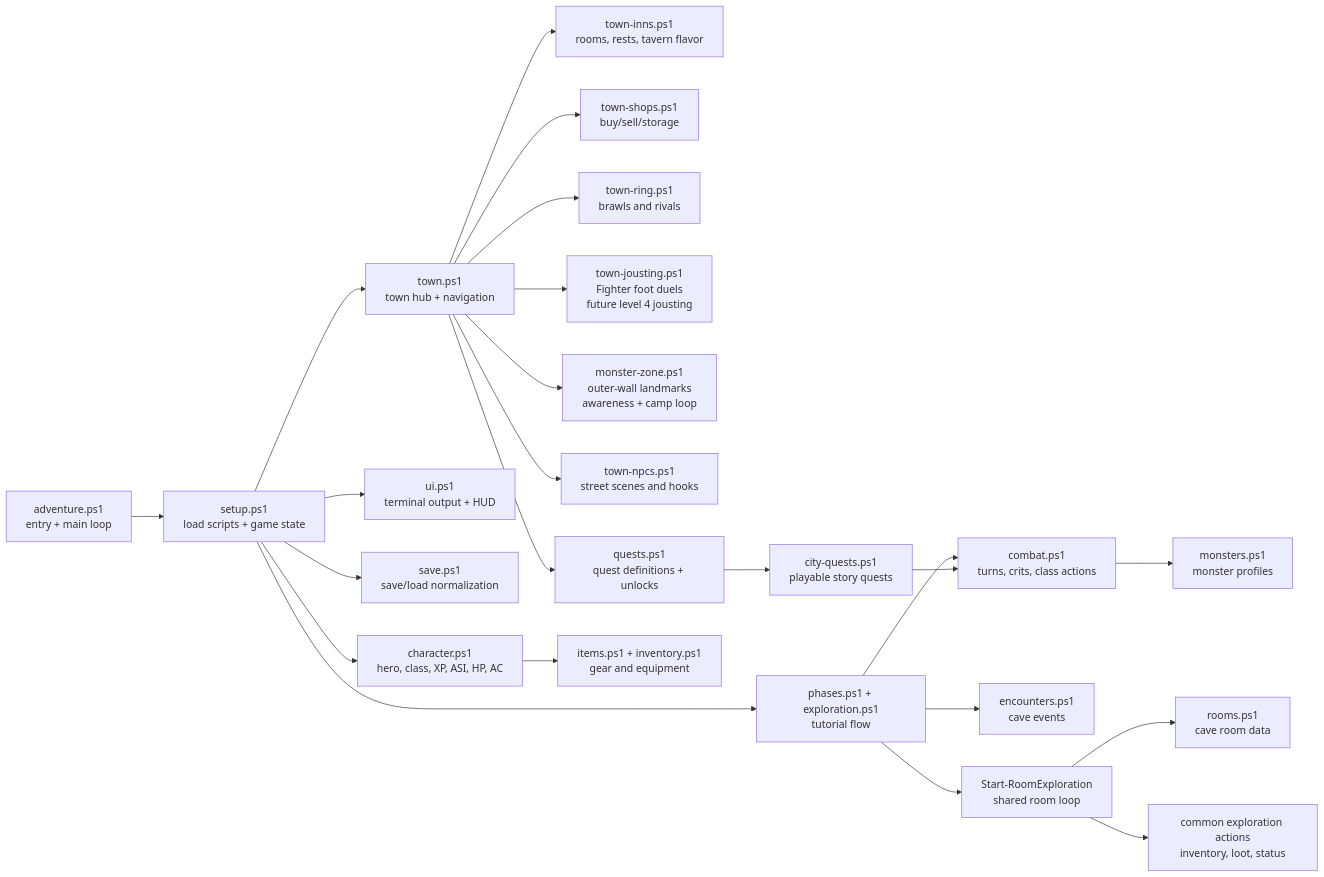
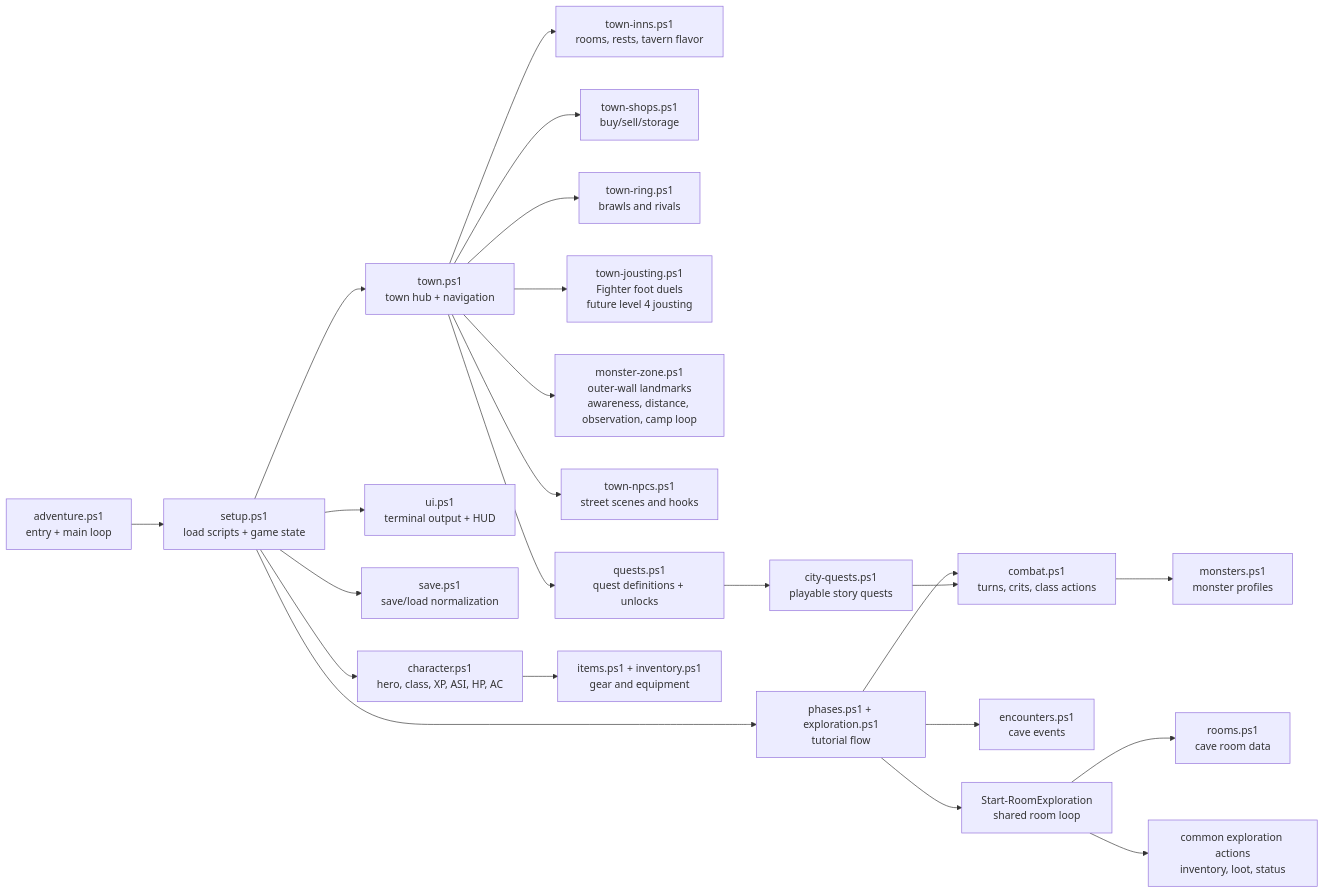
The diagram in docs/visual-code-map.md (JesperYH24/dnd-git-adventure), drawn with Mermaid before and after one commit. The commit also changed 9 other files, not shown here.

Commit message:
Document monster zone distance layer

````diff
--- a/docs/visual-code-map.md
+++ b/docs/visual-code-map.md
@@ -3,27 +3,27 @@
 ```mermaid
 flowchart LR
     Adventure["adventure.ps1\nentry + main loop"] --> Setup["setup.ps1\nload scripts + game state"]
     Setup --> Character["character.ps1\nhero, class, XP, ASI, HP, AC"]
     Setup --> UI["ui.ps1\nterminal output + HUD"]
     Setup --> Save["save.ps1\nsave/load normalization"]
     Setup --> Town["town.ps1\ntown hub + navigation"]
     Setup --> Tutorial["phases.ps1 + exploration.ps1\ntutorial flow"]
 
     Tutorial --> ExploreCore["Start-RoomExploration\nshared room loop"]
     ExploreCore --> Rooms["rooms.ps1\ncave room data"]
     ExploreCore --> CommonActions["common exploration actions\ninventory, loot, status"]
     Tutorial --> Encounters["encounters.ps1\ncave events"]
     Tutorial --> Combat["combat.ps1\nturns, crits, class actions"]
 
     Town --> Inns["town-inns.ps1\nrooms, rests, tavern flavor"]
     Town --> Shops["town-shops.ps1\nbuy/sell/storage"]
     Town --> Ring["town-ring.ps1\nbrawls and rivals"]
     Town --> Jousting["town-jousting.ps1\nFighter foot duels\nfuture level 4 jousting"]
-    Town --> MonsterZone["monster-zone.ps1\nouter-wall landmarks\nawareness + camp loop"]
+    Town --> MonsterZone["monster-zone.ps1\nouter-wall landmarks\nawareness, distance, observation, camp loop"]
     Town --> NPCs["town-npcs.ps1\nstreet scenes and hooks"]
     Town --> QuestDefs["quests.ps1\nquest definitions + unlocks"]
     QuestDefs --> CityQuests["city-quests.ps1\nplayable story quests"]
     CityQuests --> Combat
     Combat --> Monsters["monsters.ps1\nmonster profiles"]
     Character --> Items["items.ps1 + inventory.ps1\ngear and equipment"]
 ```
````
